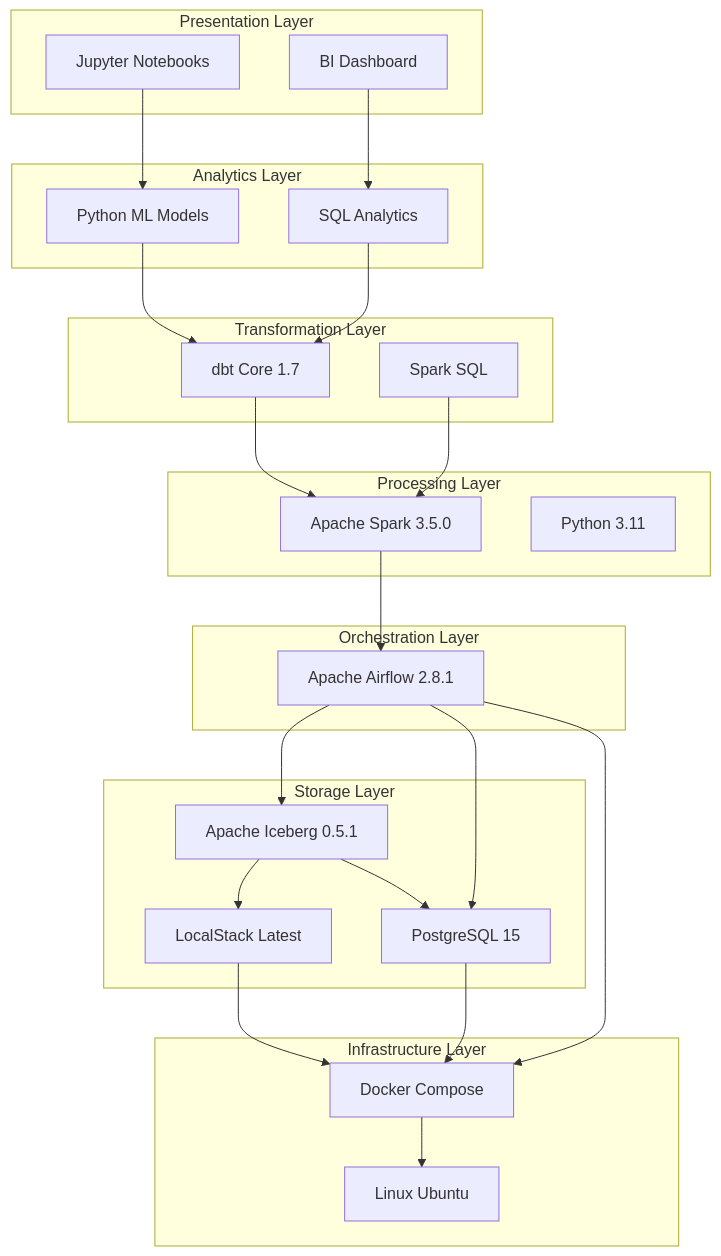
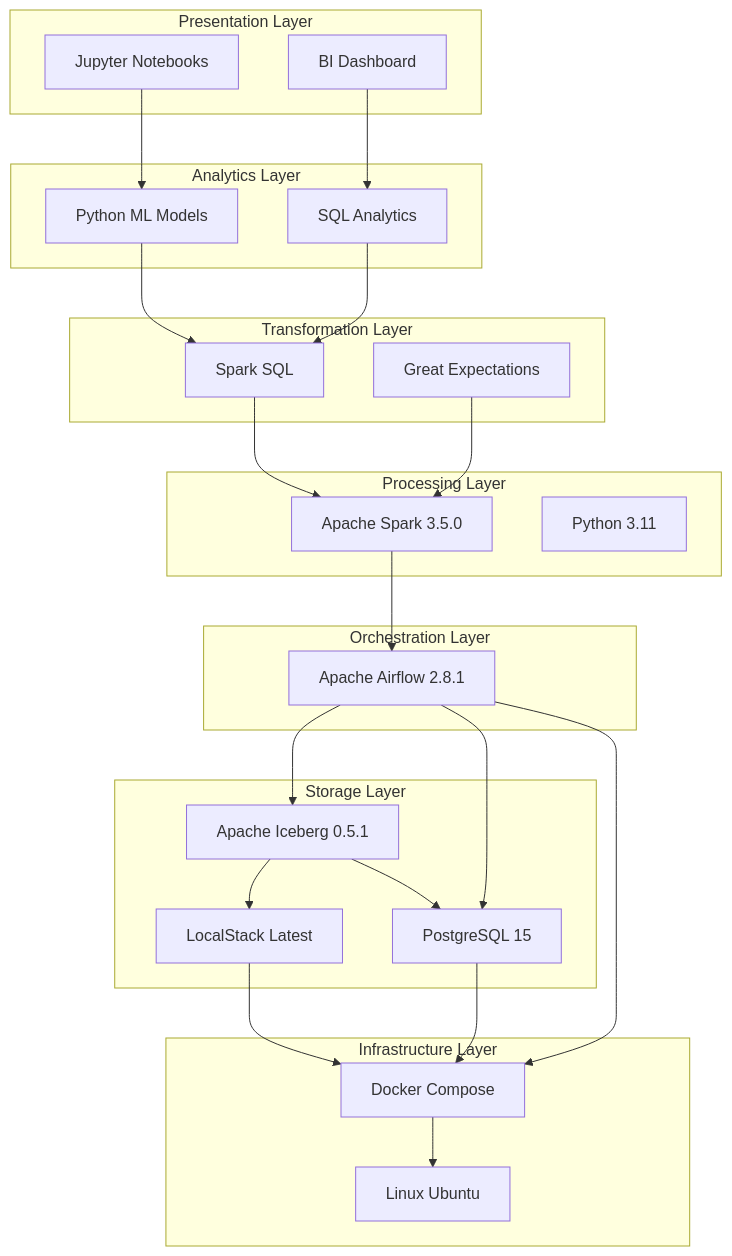
Before and after one commit to zmadni/medflow-analytics: the eighth of 12 diagrams in ARCHITECTURE.md, drawn with Mermaid. The commit also changed other lines of this file, not shown here.

````diff
--- a/ARCHITECTURE.md
+++ b/ARCHITECTURE.md
@@ -400,53 +397,53 @@
 ```mermaid
 graph TB
     subgraph "Presentation Layer"
         P1[Jupyter Notebooks]
         P2[BI Dashboard]
     end
 
     subgraph "Analytics Layer"
         A1[Python ML Models]
         A2[SQL Analytics]
     end
 
     subgraph "Transformation Layer"
-        T1[dbt Core 1.7]
-        T2[Spark SQL]
+        T1[Spark SQL]
+        T2[Great Expectations]
     end
 
     subgraph "Processing Layer"
         PR1[Apache Spark 3.5.0]
         PR2[Python 3.11]
     end
 
     subgraph "Orchestration Layer"
         O1[Apache Airflow 2.8.1]
     end
 
     subgraph "Storage Layer"
         S1[Apache Iceberg 0.5.1]
         S2[LocalStack Latest]
         S3[PostgreSQL 15]
     end
 
     subgraph "Infrastructure Layer"
         I1[Docker Compose]
         I2[Linux Ubuntu]
     end
 
     P1 --> A1
     P2 --> A2
     A1 --> T1
     A2 --> T1
     T1 --> PR1
     T2 --> PR1
     PR1 --> O1
     O1 --> S1
     S1 --> S2
     O1 --> S3
     S1 --> S3
     S2 --> I1
     S3 --> I1
     O1 --> I1
     I1 --> I2
 ```
````
